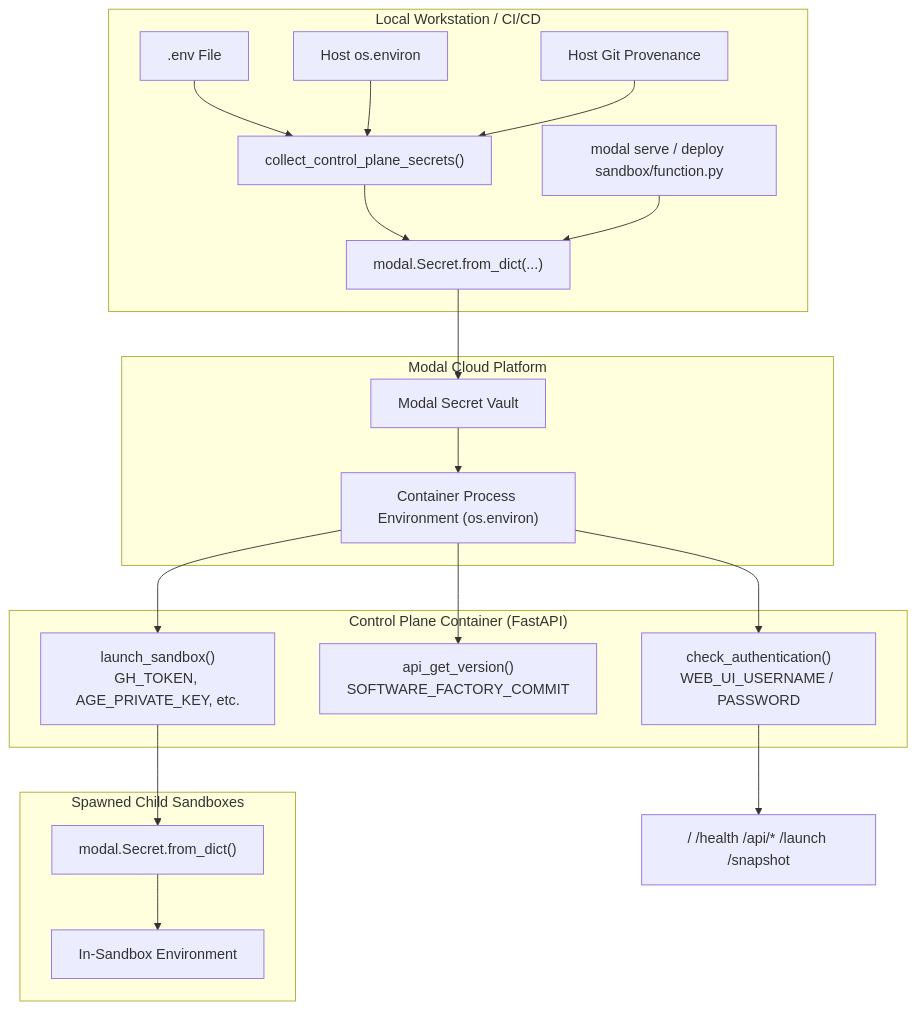
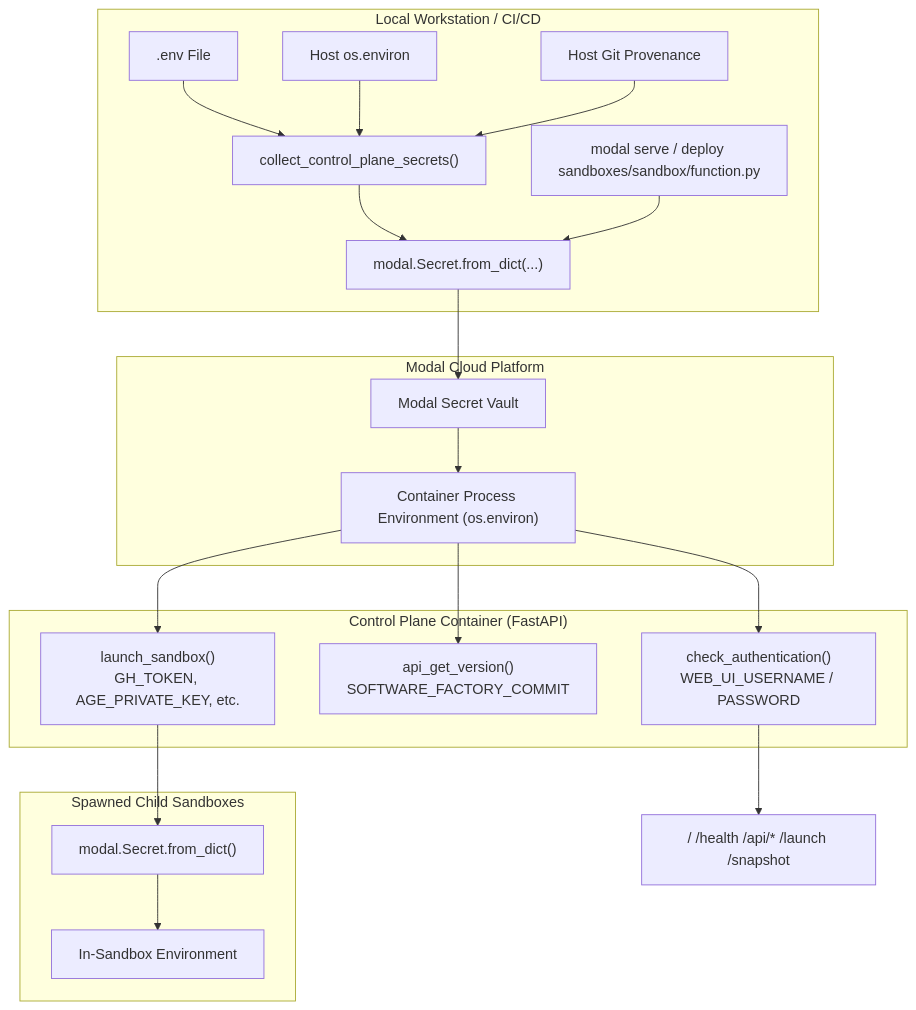
Before and after one commit to YoungMahesh/software-factory: the first of 2 diagrams in docs/guides/control-plane.md, drawn with Mermaid. The commit also changed other lines of this file and 13 other files, not shown here.

````diff
--- a/docs/guides/control-plane.md
+++ b/docs/guides/control-plane.md
@@ -63,28 +63,28 @@
 ```mermaid
 flowchart TD
     subgraph Host ["Local Workstation / CI/CD"]
         DotEnv[".env File"] --> Collector["collect_control_plane_secrets()"]
         HostEnv["Host os.environ"] --> Collector
         GitProv["Host Git Provenance"] --> Collector
         Collector --> ModalSecret["modal.Secret.from_dict(...)"]
-        CLI["modal serve / deploy sandbox/function.py"] --> ModalSecret
+        CLI["modal serve / deploy sandboxes/sandbox/function.py"] --> ModalSecret
     end
 
     subgraph ModalCloud ["Modal Cloud Platform"]
         ModalSecret --> EncryptedVault["Modal Secret Vault"]
         EncryptedVault --> ContainerEnv["Container Process Environment (os.environ)"]
     end
 
     subgraph ControlPlaneContainer ["Control Plane Container (FastAPI)"]
         ContainerEnv --> BasicAuth["check_authentication()<br/>WEB_UI_USERNAME / PASSWORD"]
         ContainerEnv --> VersionRoute["api_get_version()<br/>SOFTWARE_FACTORY_COMMIT"]
         ContainerEnv --> Launcher["launch_sandbox()<br/>GH_TOKEN, AGE_PRIVATE_KEY, etc."]
     end
 
     subgraph ChildSandbox ["Spawned Child Sandboxes"]
         Launcher --> ChildSecret["modal.Secret.from_dict()"]
         ChildSecret --> ChildEnv["In-Sandbox Environment"]
     end
 
     BasicAuth --> Endpoints["/ /health /api/* /launch /snapshot"]
 ```
````
